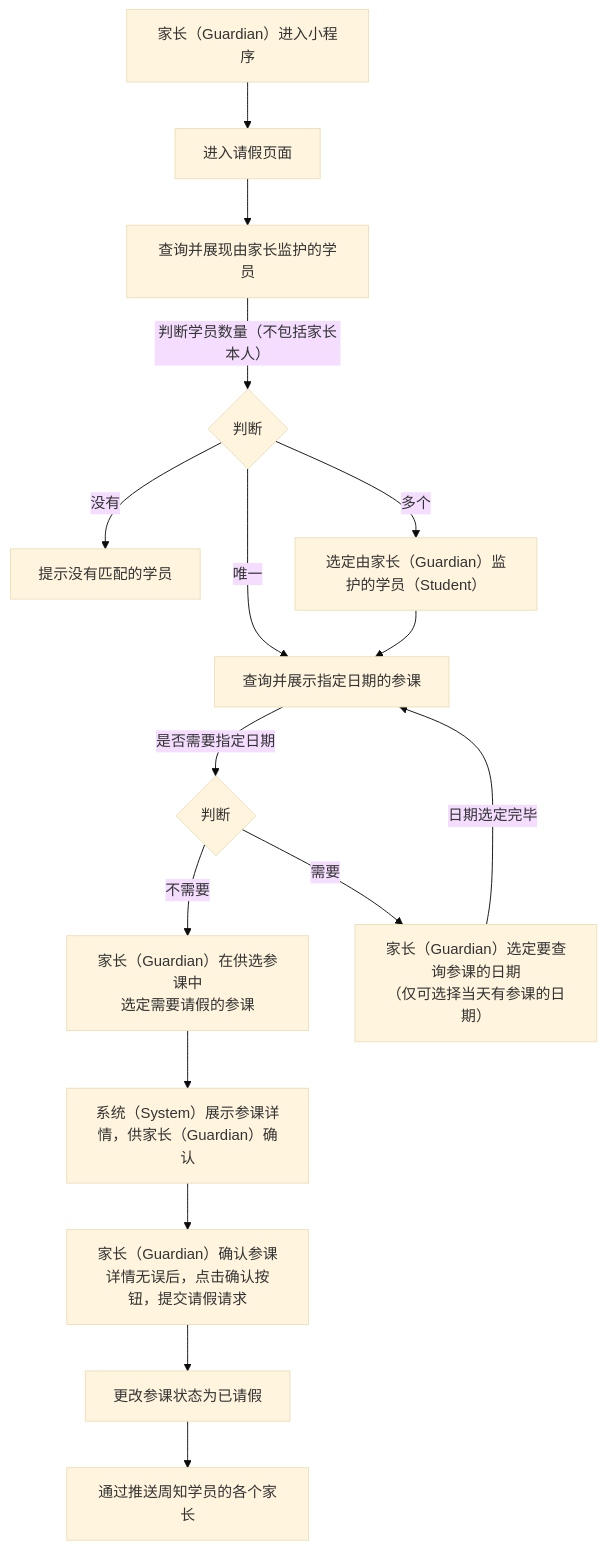
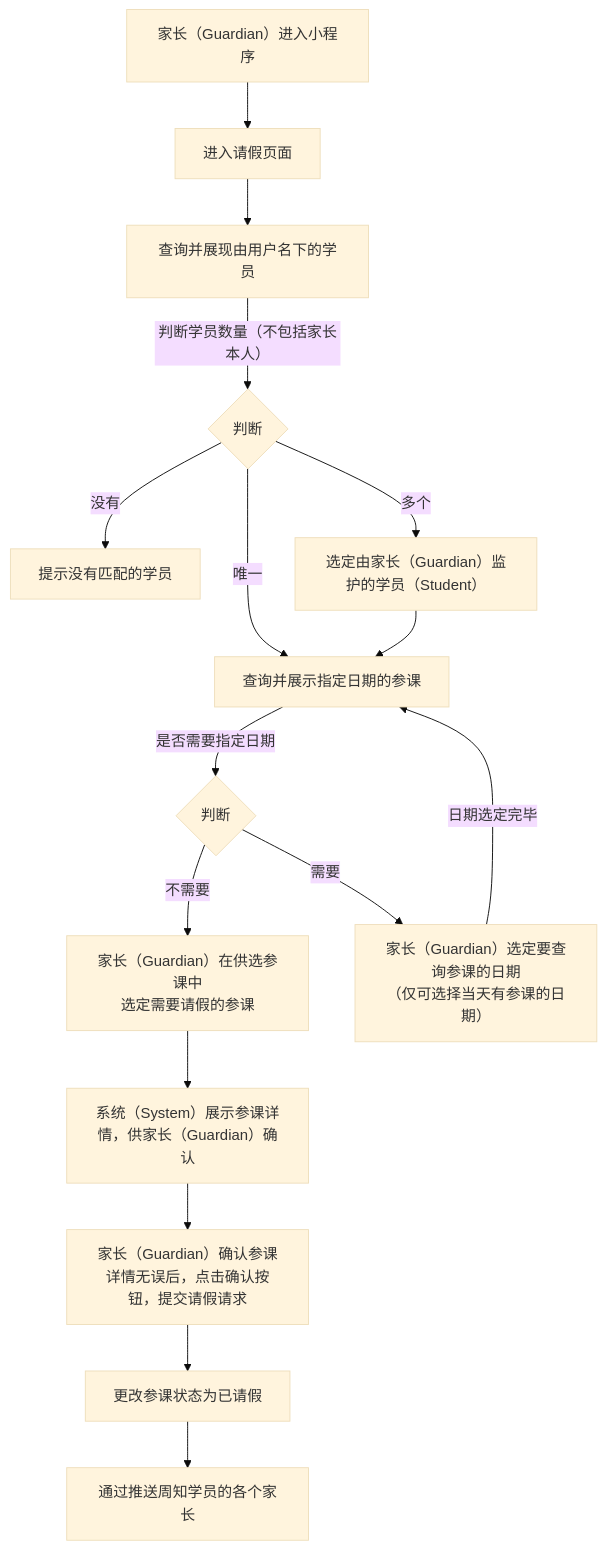
One commit to world-wide-web/sign changed the diagram in 用例/请假.md. Above: the diagram before and after it, drawn with Mermaid (base theme). The commit also changed other lines of this file, not shown here.

````diff
--- a/用例/请假.md
+++ b/用例/请假.md
@@ -7,50 +7,50 @@
 ```mermaid
 graph TD
 
 进入小程序-->进入请假页面
 
-进入请假页面-->查询并展现由家长监护的学员
+进入请假页面-->查询并展现由用户名下的学员
 
-查询并展现由家长监护的学员--"判断学员数量（不包括家长本人）"-->判断学员数量
+查询并展现由用户名下的学员--"判断学员数量（不包括家长本人）"-->判断学员数量
 
 判断学员数量--没有-->提示没有匹配的学员
 
 判断学员数量--唯一-->查询并展示指定日期的参课
 
 判断学员数量--多个-->选定学员
 
 选定学员-->查询并展示指定日期的参课
 
 查询并展示指定日期的参课--是否需要指定日期-->决定是否需要指定日期
 
 决定是否需要指定日期--不需要-->选定参课
 
 决定是否需要指定日期--需要-->选定日期
 
 选定日期--日期选定完毕-->查询并展示指定日期的参课
 
 选定参课-->展示参课详情
 
 展示参课详情-->提交请假请求
 
 提交请假请求-->更改参课状态为已请假
 
 更改参课状态为已请假-->通过推送周知学员的各个家长
 
 进入小程序["<center>家长（Guardian）进入小程序</center>"]
 
 判断学员数量{"<center>判断</center>"}
 
 选定学员["<center>选定由家长（Guardian）监护的学员（Student）</center>"]
 
 决定是否需要指定日期{"<center>判断</center>"}
 
 选定日期["<center>家长（Guardian）选定要查询参课的日期<br>（仅可选择当天有参课的日期）</center>"]
 
 选定参课["<center>家长（Guardian）在供选参课中<br>选定需要请假的参课</center>"]
 
 展示参课详情["<center>系统（System）展示参课详情，供家长（Guardian）确认</center>"]
 
 提交请假请求["<center>家长（Guardian）确认参课详情无误后，点击确认按钮，提交请假请求</center>"]
 
 ```
````
